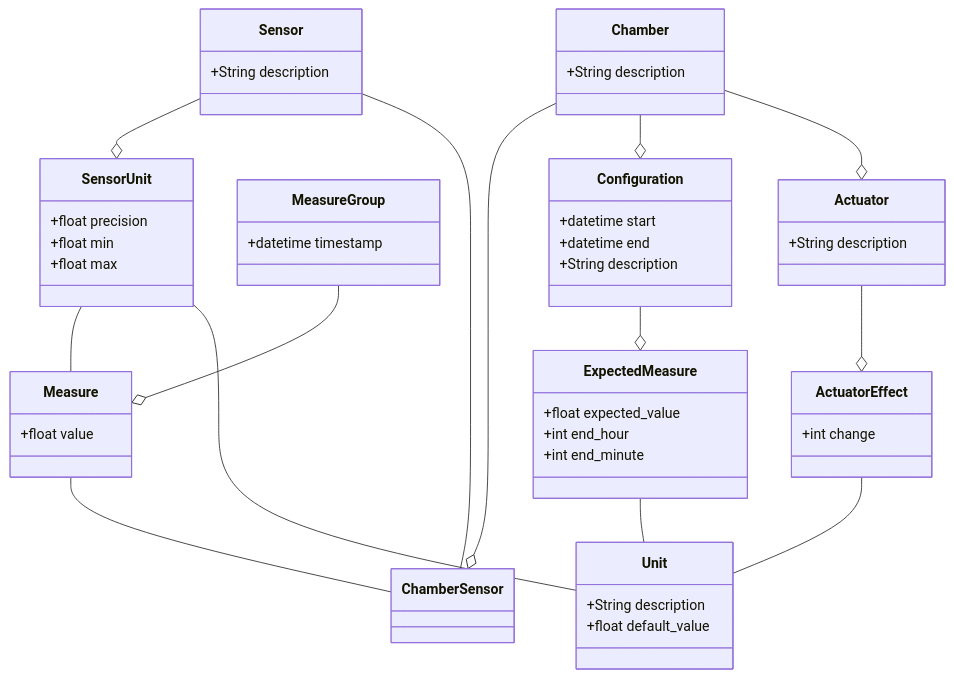
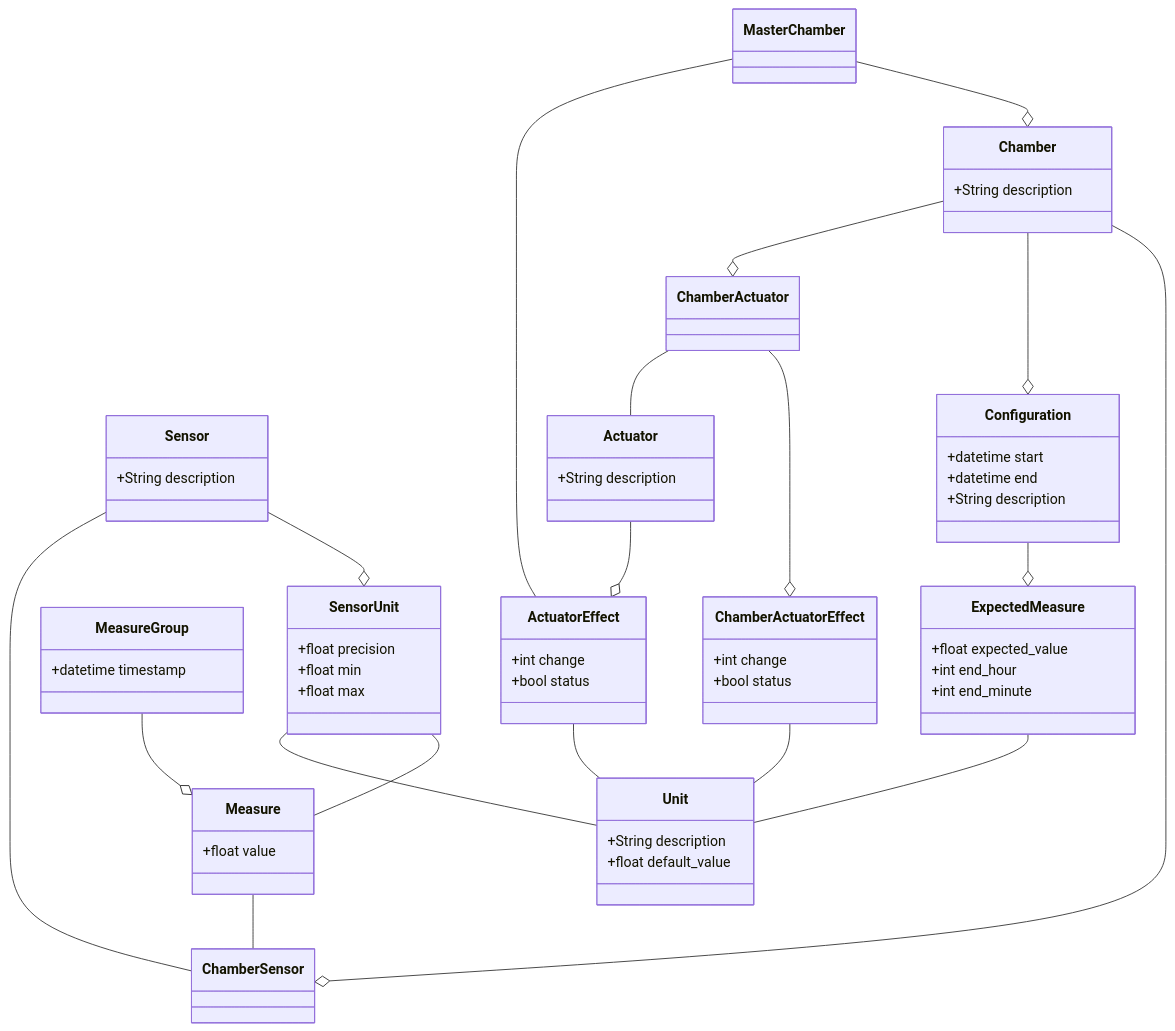
The diagram in docs/database_design.md (GrowCab/GC_database), drawn with Mermaid before and after one commit. The commit also changed 1 other file, not shown here.

Commit message:
Change the descriptions of the units so they display a bit better on the frontend

```diff
--- a/docs/database_design.md
+++ b/docs/database_design.md
@@ -50,10 +50,27 @@
     +String description
 }
 
+class ChamberActuator{
+  
+}
+
 class ActuatorEffect{
     +int change
+    +bool status
 }
 
+%% This table stores the effect of drift from
+%% the initial efficiency of the effect of the
+%% actuator over the chamber. This needs a protocol
+%% for how and when it is updated. It will also need
+%% a historical record.
+class ChamberActuatorEffect{
+    +int change
+    +bool status
+}
+
+
+MasterChamber --o Chamber
 MeasureGroup --o Measure
 Measure -- ChamberSensor
 SensorUnit -- Measure
@@ -64,7 +81,11 @@
 ExpectedMeasure -- Unit
 Configuration --o ExpectedMeasure
 Chamber --o Configuration
-Chamber --o Actuator
+Chamber --o ChamberActuator
+ChamberActuator --o ChamberActuatorEffect
+ChamberActuatorEffect -- Unit
+MasterChamber -- ActuatorEffect
+ChamberActuator -- Actuator
 Actuator --o ActuatorEffect
 ActuatorEffect -- Unit
 
```
